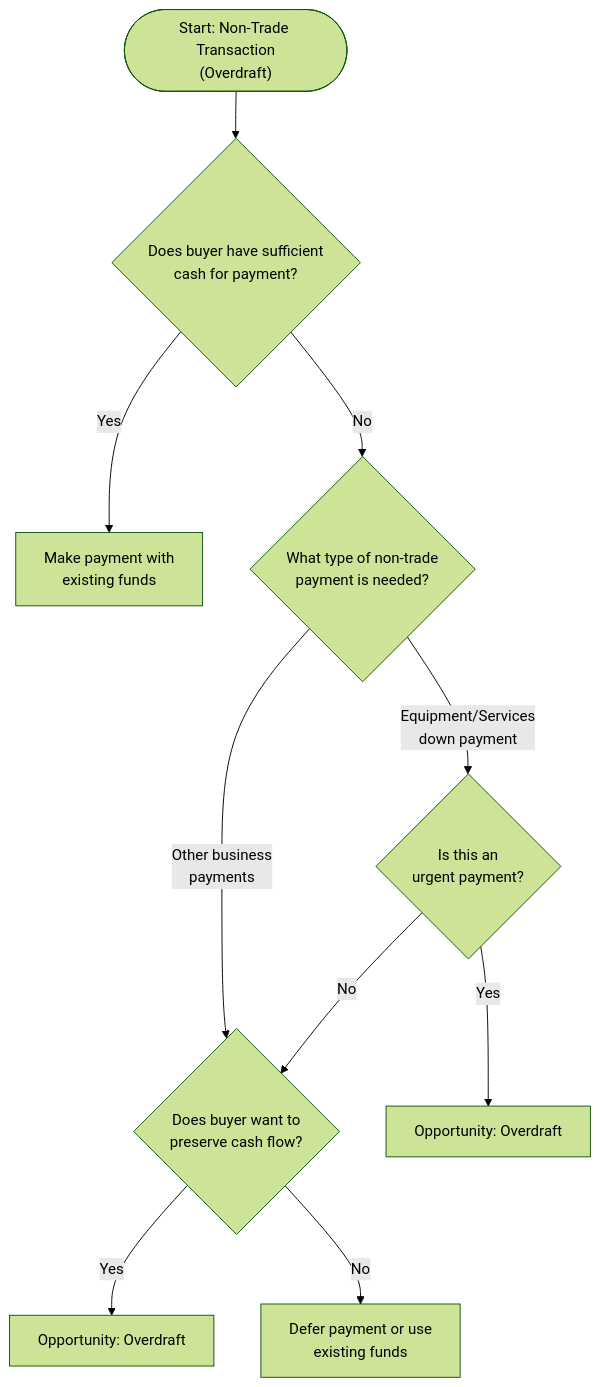
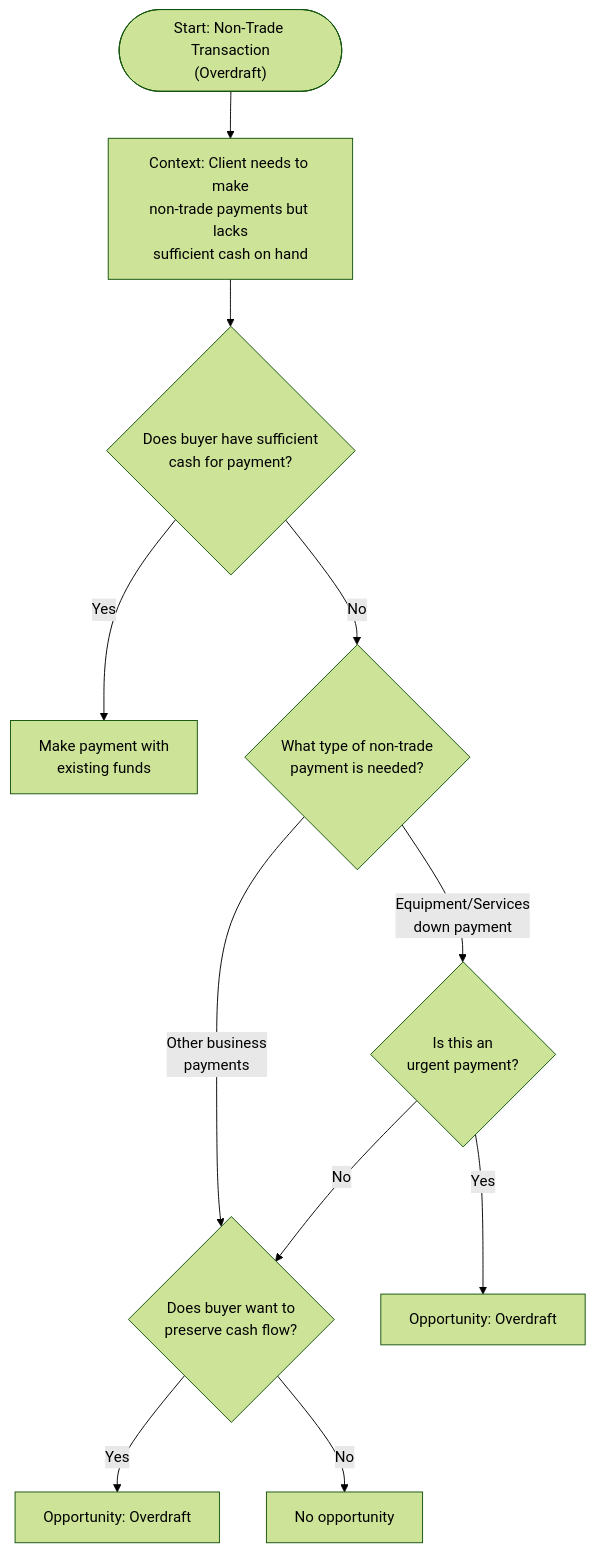
One commit to sage-develop/why changed the diagram in tvc_decision_trees/loan_non_trade_tree.md/overdraft_tree.md. Above: the diagram before and after it, drawn with Mermaid (forest theme). The commit also changed other lines of this file and 2 other files, not shown here.

Commit message:
fix as discussed

````diff
--- a/tvc_decision_trees/loan_non_trade_tree.md/overdraft_tree.md
+++ b/tvc_decision_trees/loan_non_trade_tree.md/overdraft_tree.md
@@ -25,12 +25,13 @@
 ```mermaid
 flowchart TD
-   Start(["Start: Non-Trade Transaction<br>(Overdraft)"]) --> Q1{"Does buyer have sufficient<br>cash for payment?"}
+   Start(["Start: Non-Trade Transaction<br>(Overdraft)"]) --> Context["Context: Client needs to make<br>non-trade payments but lacks<br>sufficient cash on hand"]
+   Context --> Q1{"Does buyer have sufficient<br>cash for payment?"}
    Q1 -- Yes --> End1["Make payment with<br>existing funds"]
    Q1 -- No --> Q2{"What type of non-trade<br>payment is needed?"}
    Q2 -- Equipment/Services<br>down payment --> Q3{"Is this an<br>urgent payment?"}
    Q2 -- Other business<br>payments --> Q4{"Does buyer want to<br>preserve cash flow?"}
    Q3 -- Yes --> P1["Opportunity: Overdraft"]
    Q3 -- No --> Q4
    Q4 -- Yes --> P2["Opportunity: Overdraft"]
-   Q4 -- No --> End2["Defer payment or use<br>existing funds"]
+   Q4 -- No --> End2["No opportunity"]
 ```
````
